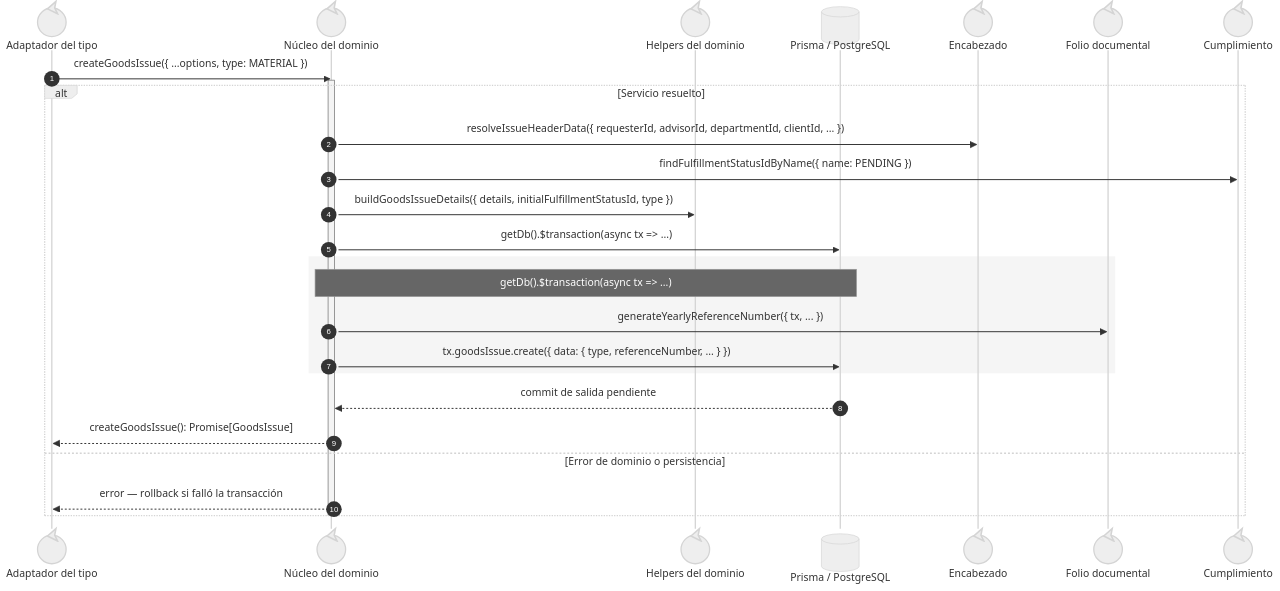
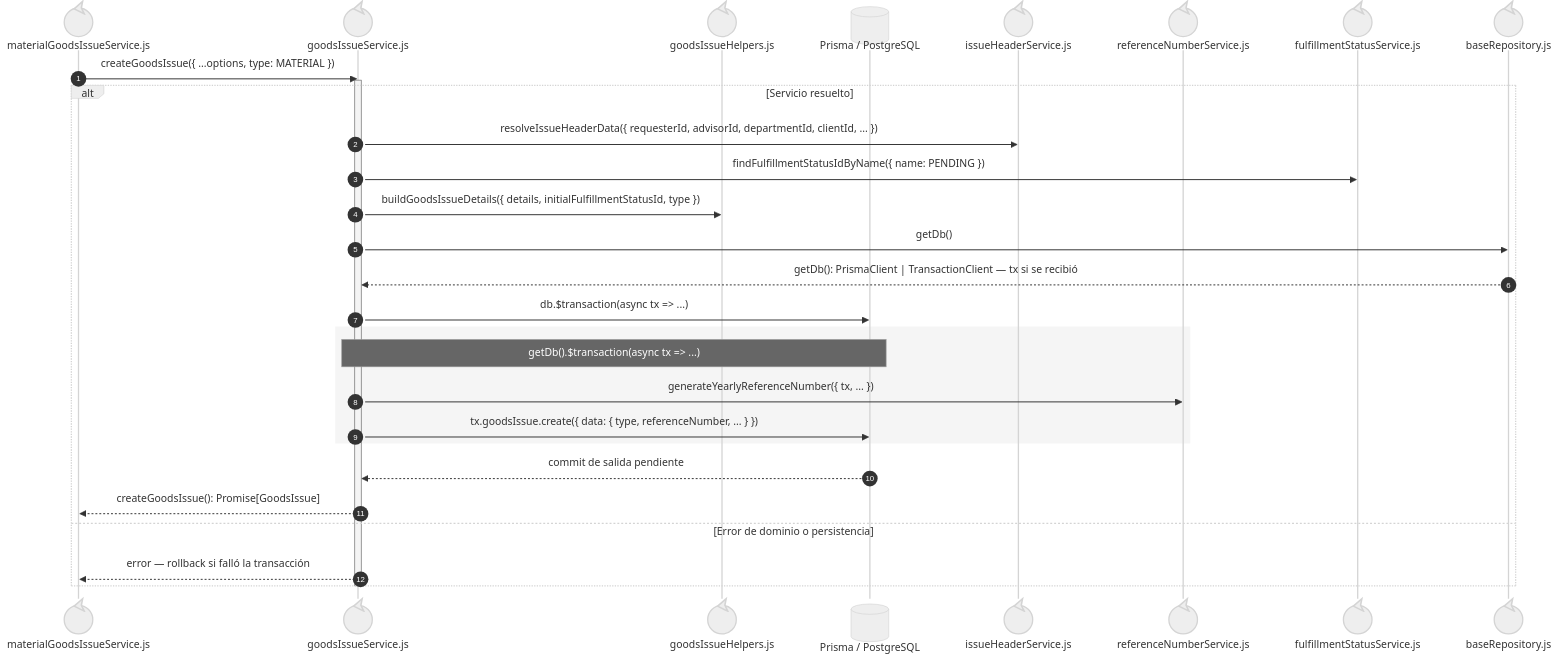
The fourth of 4 diagrams in docs/architecture/views/processes/backend-code-sequences/issues/cu-sal-02.md (gpgsistemas01/nexus), drawn with Mermaid (neutral theme) before and after one commit. The commit also changed other lines of this file and 192 other files, not shown here.

Commit message:
docs: make sequence file ownership explicit and align code flows

````diff
--- a/docs/architecture/views/processes/backend-code-sequences/issues/cu-sal-02.md
+++ b/docs/architecture/views/processes/backend-code-sequences/issues/cu-sal-02.md
@@ -104,30 +165,34 @@
 ```mermaid
 sequenceDiagram
     autonumber
-    participant Facade@{ "type": "control" } as Adaptador del tipo
-    participant Core@{ "type": "control" } as Núcleo del dominio
-    participant Helpers@{ "type": "control" } as Helpers del dominio
+    participant Facade@{ "type": "control" } as materialGoodsIssueService.js
+    participant Core@{ "type": "control" } as goodsIssueService.js
+    participant Helpers@{ "type": "control" } as goodsIssueHelpers.js
     participant Prisma@{ "type": "database" } as Prisma / PostgreSQL
-    participant Header@{ "type": "control" } as Encabezado
-    participant Reference@{ "type": "control" } as Folio documental
-    participant Fulfillment@{ "type": "control" } as Cumplimiento
+    participant Header@{ "type": "control" } as issueHeaderService.js
+    participant Reference@{ "type": "control" } as referenceNumberService.js
+    participant Fulfillment@{ "type": "control" } as fulfillmentStatusService.js
+
+    participant FileBaseRepository@{ "type": "control" } as baseRepository.js
 
     Facade->>Core: createGoodsIssue({ ...options, type: MATERIAL })
     activate Core
     alt Servicio resuelto
         Core->>Header: resolveIssueHeaderData({ requesterId, advisorId, departmentId, clientId, ... })
         Core->>Fulfillment: findFulfillmentStatusIdByName({ name: PENDING })
         Core->>Helpers: buildGoodsIssueDetails({ details, initialFulfillmentStatusId, type })
-        Core->>Prisma: getDb().$transaction(async tx => ...)
+        Core->>FileBaseRepository: getDb()
+        FileBaseRepository-->>Core: getDb(): PrismaClient | TransactionClient — tx si se recibió
+        Core->>Prisma: db.$transaction(async tx => ...)
         rect rgb(245, 245, 245)
             Note over Core,Prisma: getDb().$transaction(async tx => ...)
             Core->>Reference: generateYearlyReferenceNumber({ tx, ... })
             Core->>Prisma: tx.goodsIssue.create({ data: { type, referenceNumber, ... } })
         end
         Prisma-->>Core: commit de salida pendiente
         Core-->>Facade: createGoodsIssue(): Promise[GoodsIssue]
     else Error de dominio o persistencia
         Core-->>Facade: error — rollback si falló la transacción
     end
     deactivate Core
 ```
````
